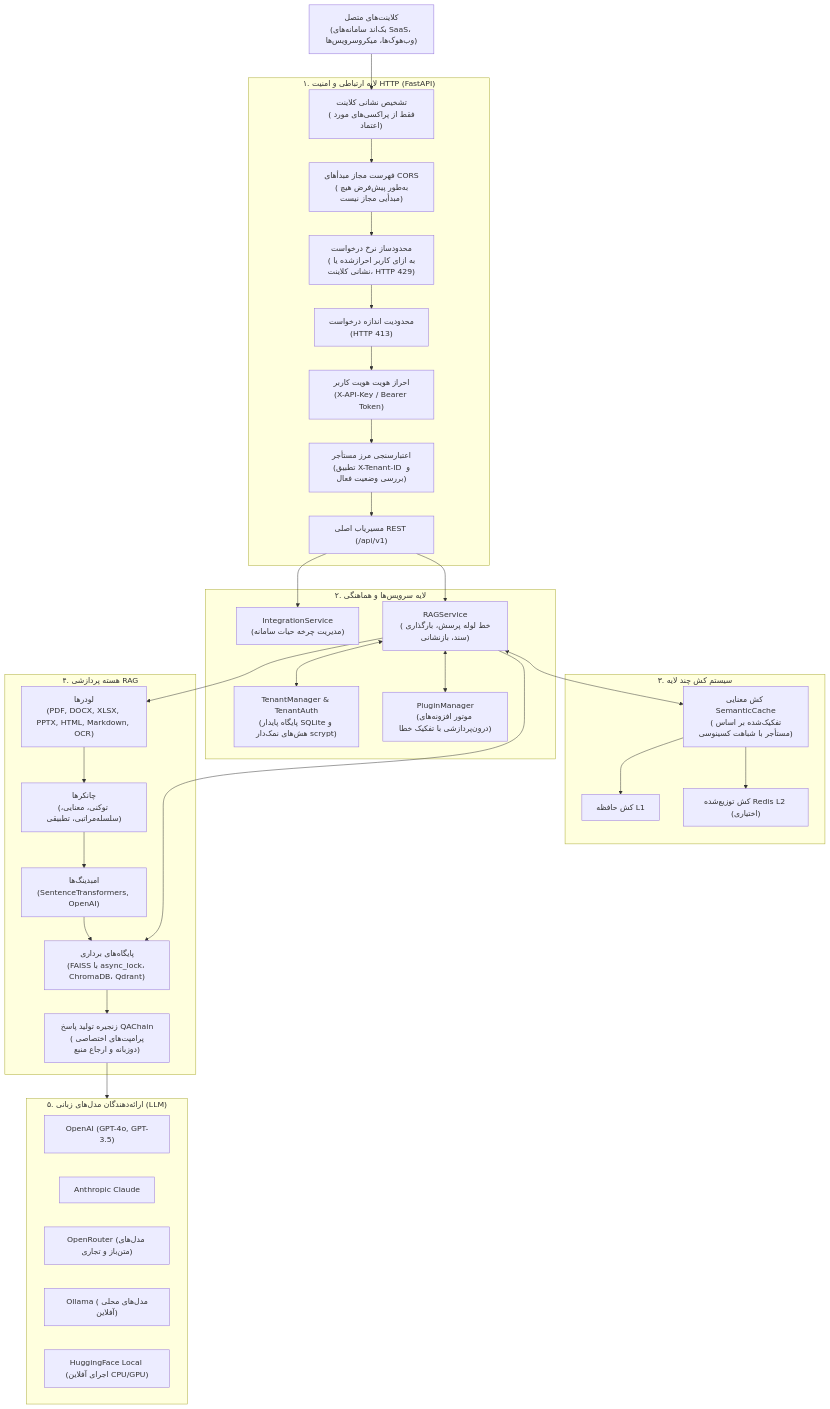
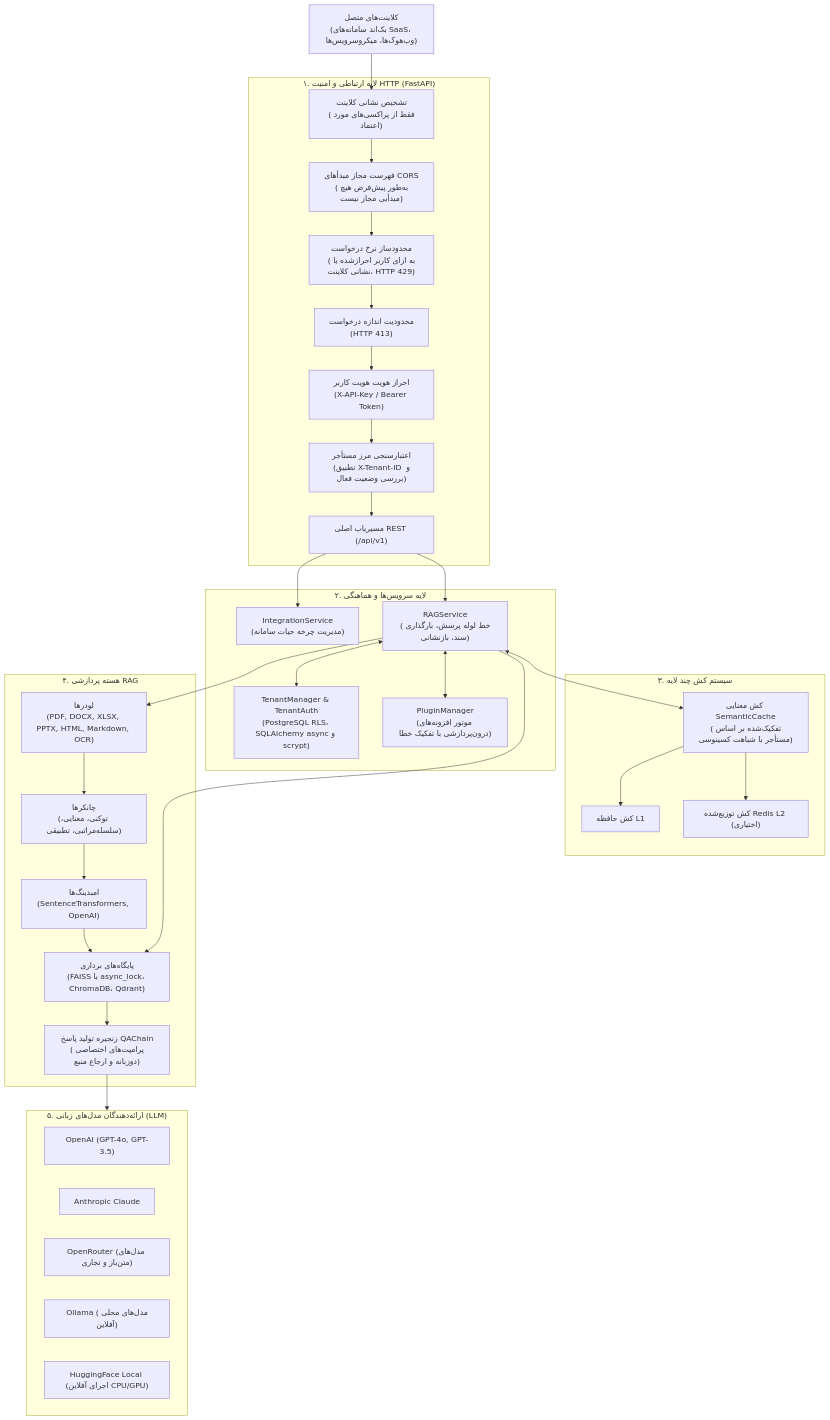
The diagram in README.fa.md (dibbed/tenant-rag), drawn with Mermaid before and after one commit. The commit also changed other lines of this file and 10 other files, not shown here.

Commit message:
docs(phase5): document PostgreSQL migration and operations

````diff
--- a/README.fa.md
+++ b/README.fa.md
@@ -135,56 +135,56 @@
 ```mermaid
 flowchart TD
     Client["کلاینت‌های متصل<br/>(بک‌اند سامانه‌های SaaS، وب‌هوک‌ها، میکروسرویس‌ها)"]
 
     subgraph Transport ["۱. لایه ارتباطی و امنیت HTTP (FastAPI)"]
         RL["محدودساز نرخ درخواست<br/>(به ازای کاربر احرازشده یا نشانی کلاینت، HTTP 429)"]
         BodyLimit["محدودیت اندازه درخواست<br/>(HTTP 413)"]
         Proxy["تشخیص نشانی کلاینت<br/>(فقط از پراکسی‌های مورد اعتماد)"]
         CORS["فهرست مجاز مبدأهای CORS<br/>(به‌طور پیش‌فرض هیچ مبدأیی مجاز نیست)"]
         AuthResolver["احراز هویت هویت کاربر<br/>(X-API-Key / Bearer Token)"]
         TenantBoundary["اعتبارسنجی مرز مستأجر<br/>(تطبیق X-Tenant-ID و بررسی وضعیت فعال)"]
         APIRouter["مسیریاب اصلی REST (/api/v1)"]
     end
 
     subgraph ServiceLayer ["۲. لایه سرویس‌ها و هماهنگی"]
         IntService["IntegrationService<br/>(مدیریت چرخه حیات سامانه)"]
         RAGService["RAGService<br/>(خط لوله پرسش، بارگذاری سند، بازنشانی)"]
-        TenantMgr["TenantManager & TenantAuth<br/>(پایگاه پایدار SQLite و هش‌های نمک‌دار scrypt)"]
+        TenantMgr["TenantManager & TenantAuth<br/>(PostgreSQL RLS، SQLAlchemy async و scrypt)"]
         PluginMgr["PluginManager<br/>(موتور افزونه‌های درون‌پردازشی با تفکیک خطا)"]
     end
 
     subgraph CacheSystem ["۳. سیستم کش چند لایه"]
         SemanticCache["کش معنایی SemanticCache<br/>(تفکیک‌شده بر اساس مستأجر با شباهت کسینوسی)"]
         L1Cache["کش حافظه L1"]
         L2Cache["کش توزیع‌شده Redis L2 (اختیاری)"]
     end
 
     subgraph RAGCore ["۴. هسته پردازشی RAG"]
         Loaders["لودرها<br/>(PDF, DOCX, XLSX, PPTX, HTML, Markdown, OCR)"]
         Chunkers["چانکرها<br/>(توکنی، معنایی، سلسله‌مراتبی، تطبیقی)"]
         Embedders["امبدینگ‌ها<br/>(SentenceTransformers, OpenAI)"]
         Stores["پایگاه‌های برداری<br/>(FAISS با async_lock، ChromaDB، Qdrant)"]
         QAChain["زنجیره تولید پاسخ QAChain<br/>(پرامپت‌های اختصاصی دوزبانه و ارجاع منبع)"]
     end
 
     subgraph Providers ["۵. ارائه‌دهندگان مدل‌های زبانی (LLM)"]
         OpenAI["OpenAI (GPT-4o, GPT-3.5)"]
         Claude["Anthropic Claude"]
         OpenRouter["OpenRouter (مدل‌های متن‌باز و تجاری)"]
         Ollama["Ollama (مدل‌های محلی آفلاین)"]
         HFLocal["HuggingFace Local (اجرای آفلاین CPU/GPU)"]
     end
 
     Client --> Proxy --> CORS --> RL --> BodyLimit --> AuthResolver --> TenantBoundary --> APIRouter
     APIRouter --> IntService
     APIRouter --> RAGService
 
     RAGService <--> PluginMgr
     RAGService <--> TenantMgr
     RAGService <--> SemanticCache
 
     RAGService --> Loaders --> Chunkers --> Embedders --> Stores
     RAGService --> Stores --> QAChain --> Providers
     SemanticCache --> L1Cache
     SemanticCache --> L2Cache
 ```
````
